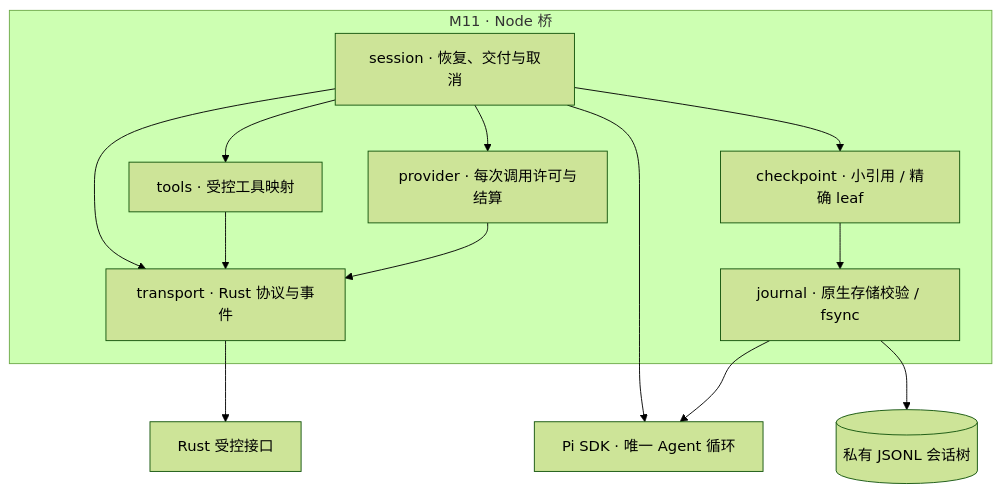
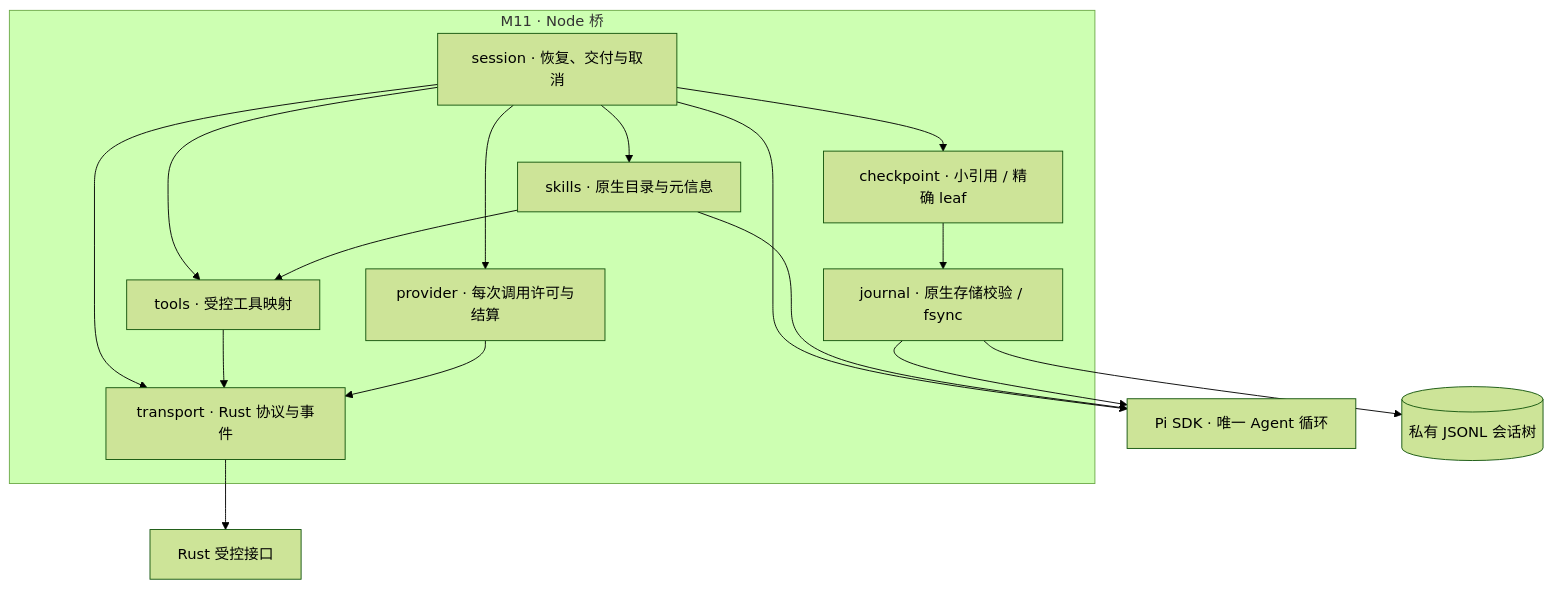
The sixth of 9 diagrams in docs/architecture/implementation-views.md (yaoziyaoguai/data_agent), drawn with Mermaid (forest theme) before and after one commit. The commit also changed other lines of this file and 113 other files, not shown here.

````diff
--- a/docs/architecture/implementation-views.md
+++ b/docs/architecture/implementation-views.md
@@ -212,15 +212,18 @@
 ```mermaid
 flowchart TB
   subgraph Bridge["M11 · Node 桥"]
     Session["session · 恢复、交付与取消"] --> Tools["tools · 受控工具映射"]
+    Session --> Skills["skills · 原生目录与元信息"]
+    Skills --> Tools
     Session --> Provider["provider · 每次调用许可与结算"]
     Session --> Transport["transport · Rust 协议与事件"]
     Session --> Checkpoint["checkpoint · 小引用 / 精确 leaf"]
     Checkpoint --> Journal["journal · 原生存储校验 / fsync"]
     Tools & Provider --> Transport
   end
   Session --> SDK["Pi SDK · 唯一 Agent 循环"]
+  Skills --> SDK
   Journal --> SDK
   Journal --> Files[(私有 JSONL 会话树)]
   Transport --> Rust["Rust 受控接口"]
 ```
````
